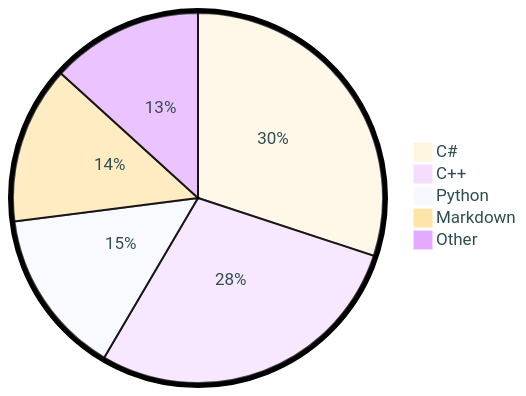
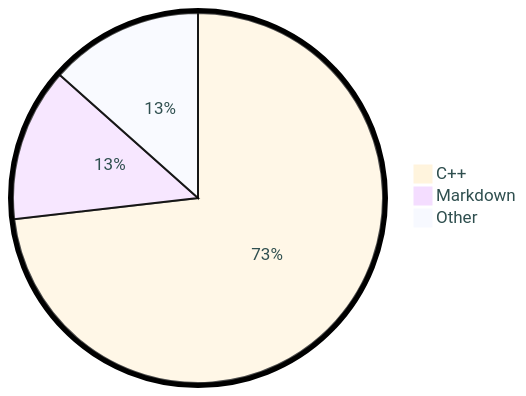
Before and after one commit to tot0p/tot0p: the diagram in README.md, drawn with Mermaid. The commit also changed other lines of this file, not shown here.

````diff
--- a/README.md
+++ b/README.md
@@ -80,9 +79,7 @@
 ```mermaid
 %%{init: {"pie": {"textPosition": 0.5}, "themeVariables": {"pieOuterStrokeWidth": "5px","primaryTextColor" : "#2F4F4F"},"theme":"base"} }%%
 pie
-	"C#": 30.06
-	"C++": 28.4
-	"Python": 14.53
-	"Markdown": 13.76
-	"Other": 13.260000000000002
+	"C++": 73.16
+	"Markdown": 13.4
+	"Other": 13.420000000000002
 ```
````
